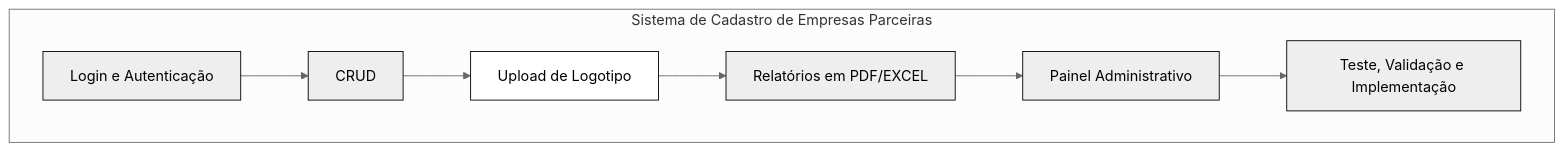
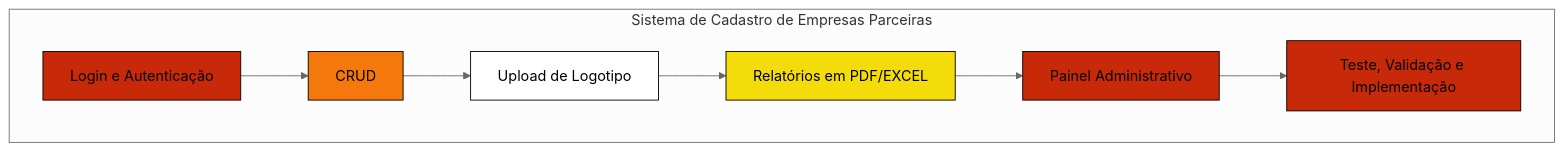
Before and after one commit to MaxPichy/teste_gannt3: the second of 2 diagrams in ATIVIDADE1.md, drawn with Mermaid (neutral theme).

````diff
--- a/ATIVIDADE1.md
+++ b/ATIVIDADE1.md
@@ -35,17 +35,17 @@
 ```mermaid
 graph TD
 
     classDef white color:#000, fill:#FFF, stroke:#000, stroke-width:1px;
-    classDef yellow color:#000, fill:##F4DC0B, stroke:#000, stroke-width:1px;
-    classDef orange color:#000, fill:##F4780B, stroke:#000, stroke-width:1px;
-    classDef red color:#000, fill:##C82909, stroke:#000, stroke-width:1px;
+    classDef yellow color:#000, fill:#F4DC0B, stroke:#000, stroke-width:1px;
+    classDef orange color:#000, fill:#F4780B, stroke:#000, stroke-width:1px;
+    classDef red color:#000, fill:#C82909, stroke:#000, stroke-width:1px;
 
     subgraph Sistema de Cadastro de Empresas Parceiras
         A1["Login e Autenticação"]:::red-->
         A2["CRUD"]:::orange-->
         A3["Upload de Logotipo"]:::white-->
         A4["Relatórios em PDF/EXCEL"]:::yellow-->
         A5["Painel Administrativo"]:::red-->
         A6["Teste, Validação e Implementação"]:::red
     end
 ```
````
